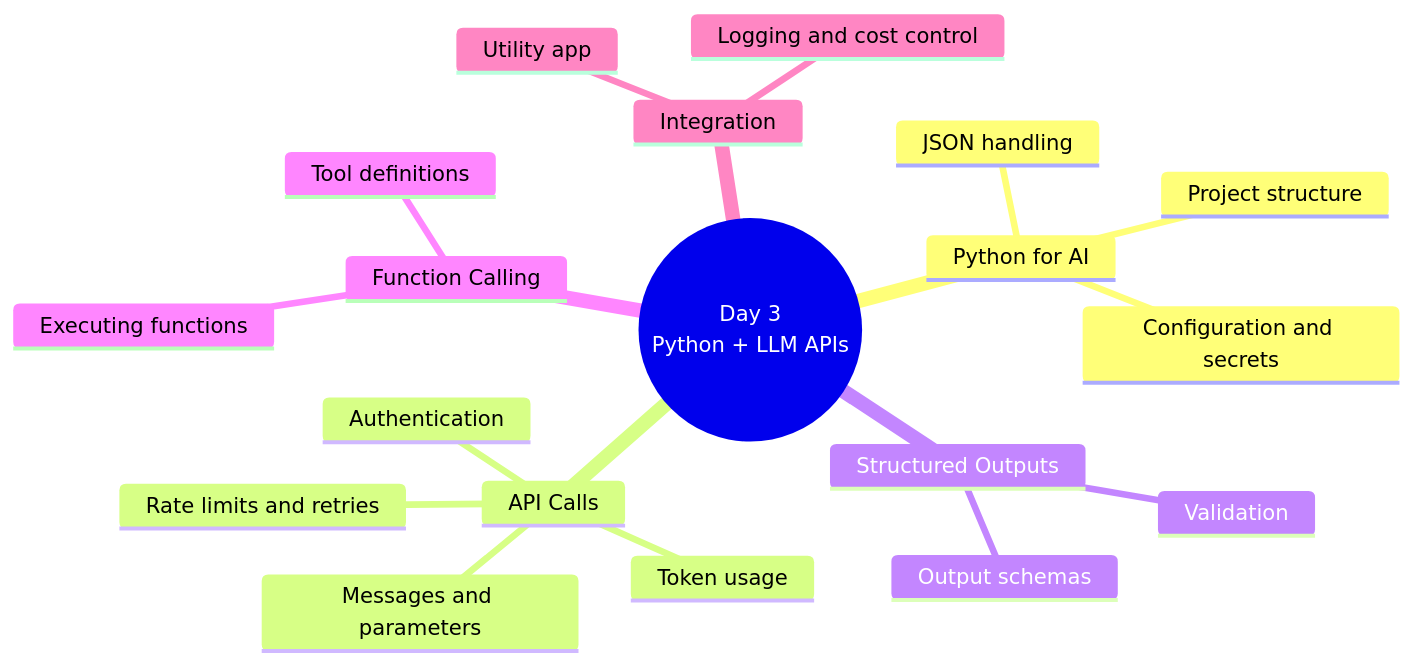
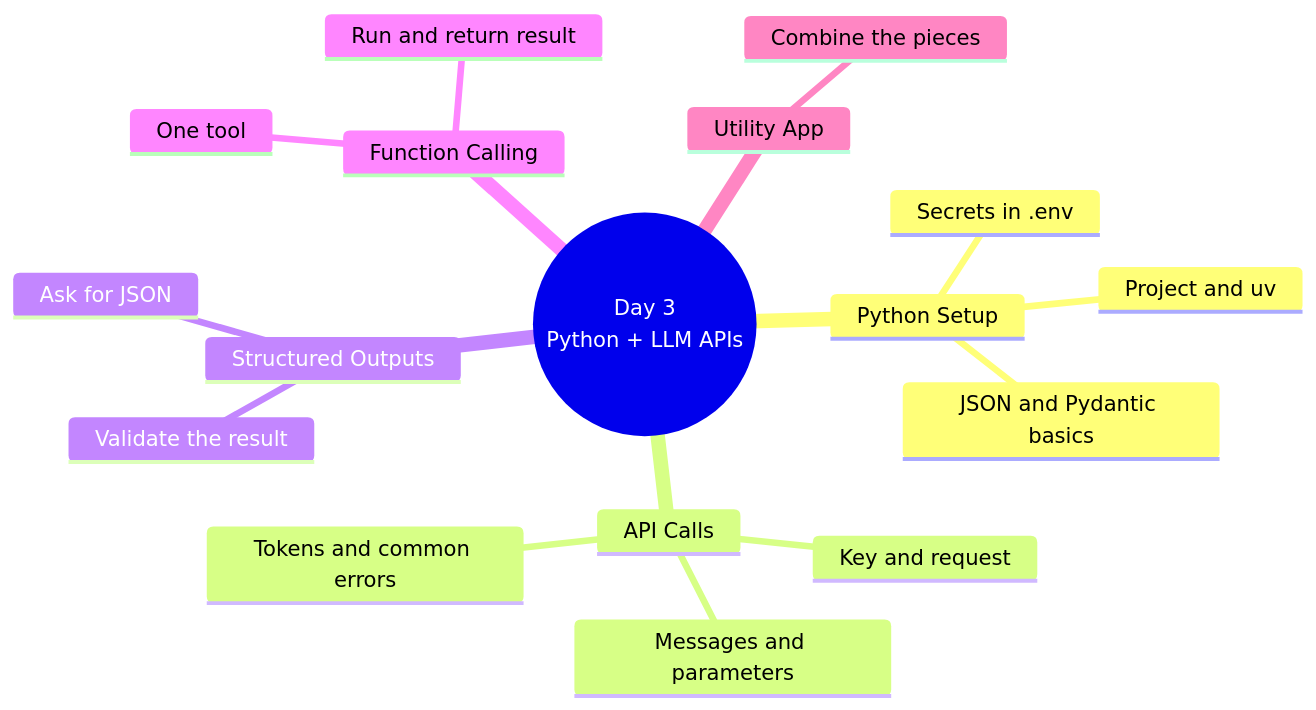
Before and after one commit to ramanujds/kpil-ai-fde: the first of 5 diagrams in session-03/Day3_Python_LLM_APIs_Schedule.md, drawn with Mermaid. The commit also changed other lines of this file and 70 other files, not shown here.

First line of the commit message:
Add FastAPI and Pydantic notes for building a REST API and data validation

````diff
--- a/session-03/Day3_Python_LLM_APIs_Schedule.md
+++ b/session-03/Day3_Python_LLM_APIs_Schedule.md
@@ -14,22 +14,20 @@
 ```mermaid
 mindmap
   root((Day 3<br/>Python + LLM APIs))
-    Python for AI
-      Project structure
-      Configuration and secrets
-      JSON handling
+    Python Setup
+      Project and uv
+      Secrets in .env
+      JSON and Pydantic basics
     API Calls
-      Authentication
+      Key and request
       Messages and parameters
-      Token usage
-      Rate limits and retries
+      Tokens and common errors
     Structured Outputs
-      Output schemas
-      Validation
+      Ask for JSON
+      Validate the result
     Function Calling
-      Tool definitions
-      Executing functions
-    Integration
-      Utility app
-      Logging and cost control
+      One tool
+      Run and return result
+    Utility App
+      Combine the pieces
 ```
````
